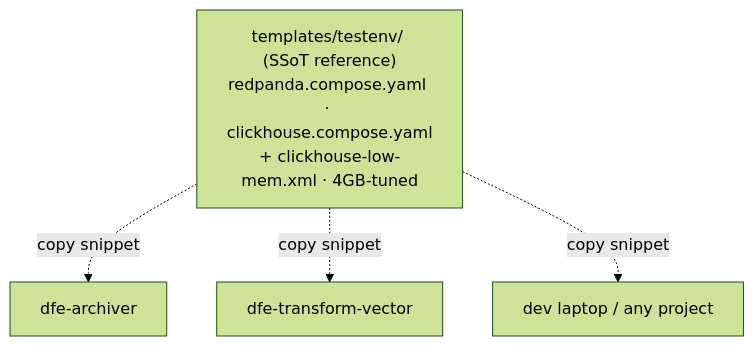
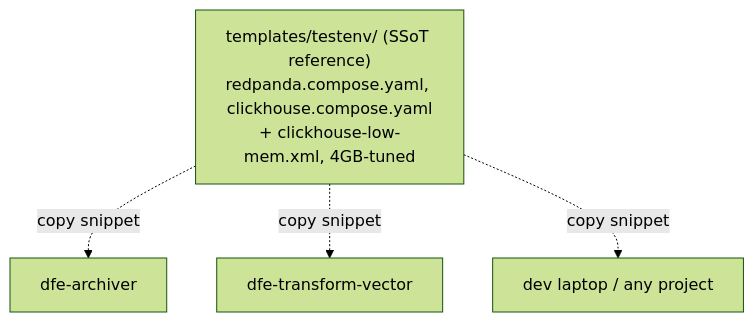
Before and after one commit to hyperi-io/hyperi-ci: the second of 2 diagrams in docs/runtime/testenv.md, drawn with Mermaid (forest theme). The commit also changed other lines of this file, not shown here.

Commit message:
docs: drop the status banner and narration from testenv

````diff
--- a/docs/runtime/testenv.md
+++ b/docs/runtime/testenv.md
@@ -140,7 +125,7 @@
 ```mermaid
 flowchart TB
-  SSOT["templates/testenv/ (SSoT reference)<br/>redpanda.compose.yaml · clickhouse.compose.yaml<br/>+ clickhouse-low-mem.xml · 4GB-tuned"]
+  SSOT["templates/testenv/ (SSoT reference)<br/>redpanda.compose.yaml, clickhouse.compose.yaml<br/>+ clickhouse-low-mem.xml, 4GB-tuned"]
   SSOT -.->|copy snippet| C1["dfe-archiver"]
   SSOT -.->|copy snippet| C2["dfe-transform-vector"]
   SSOT -.->|copy snippet| C3["dev laptop / any project"]
 ```
````
